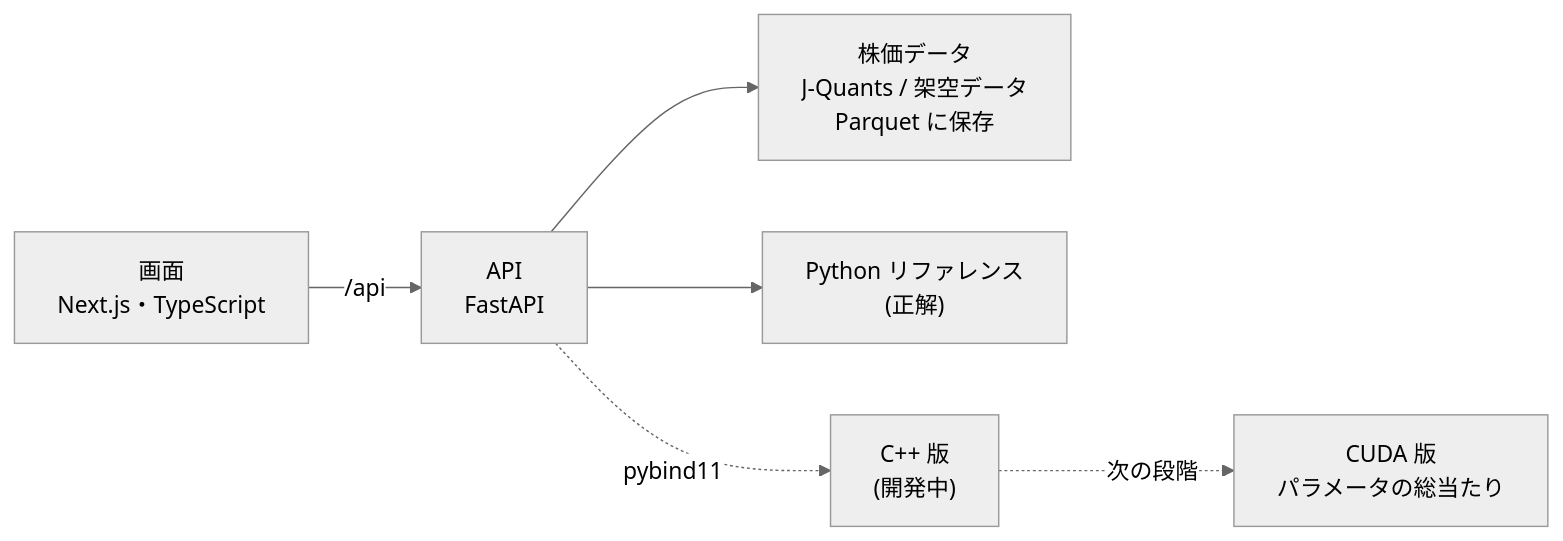
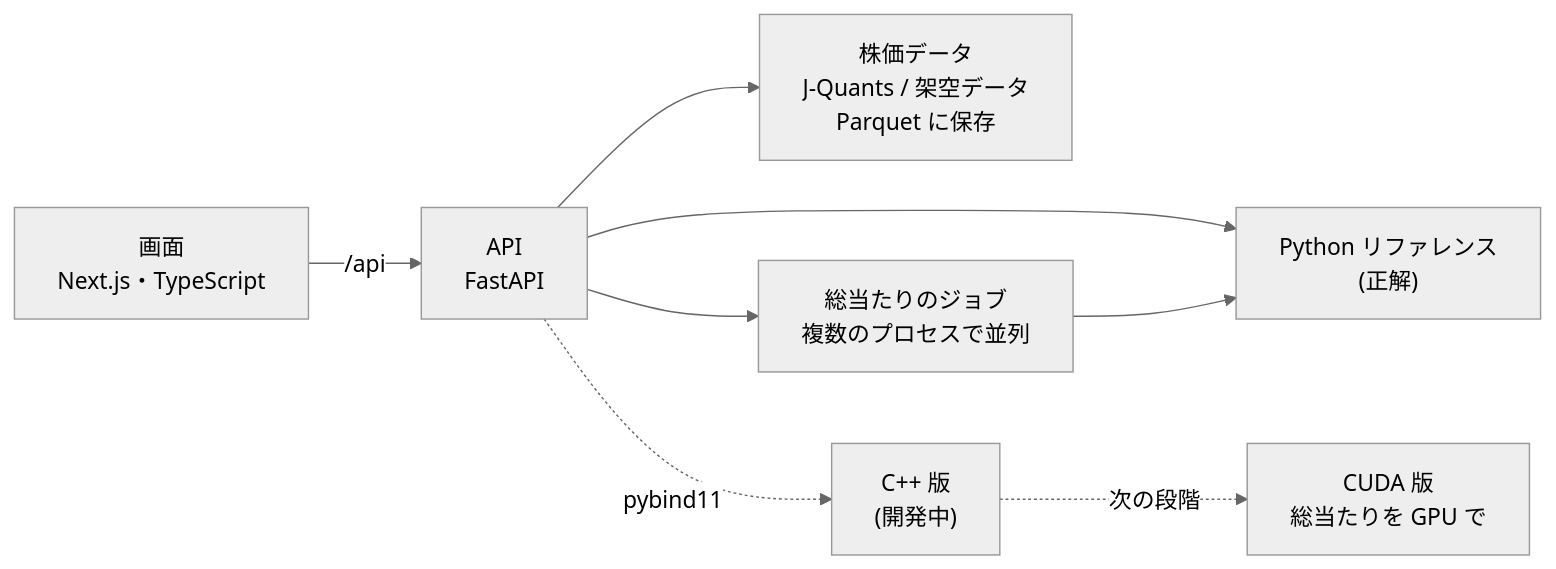
The diagram in README.md (Linear1002/backtest-app), drawn with Mermaid (neutral theme) before and after one commit. The commit also changed other lines of this file and 8 other files, not shown here.

````diff
--- a/README.md
+++ b/README.md
@@ -37,8 +43,10 @@
 ```mermaid
 flowchart LR
   B["画面<br/>Next.js・TypeScript"] -- /api --> A["API<br/>FastAPI"]
   A --> D["株価データ<br/>J-Quants / 架空データ<br/>Parquet に保存"]
   A --> P["Python リファレンス<br/>(正解)"]
+  A --> J["総当たりのジョブ<br/>複数のプロセスで並列"]
+  J --> P
   A -. pybind11 .-> C["C++ 版<br/>(開発中)"]
-  C -. 次の段階 .-> G["CUDA 版<br/>パラメータの総当たり"]
+  C -. 次の段階 .-> G["CUDA 版<br/>総当たりを GPU で"]
 ```
````
